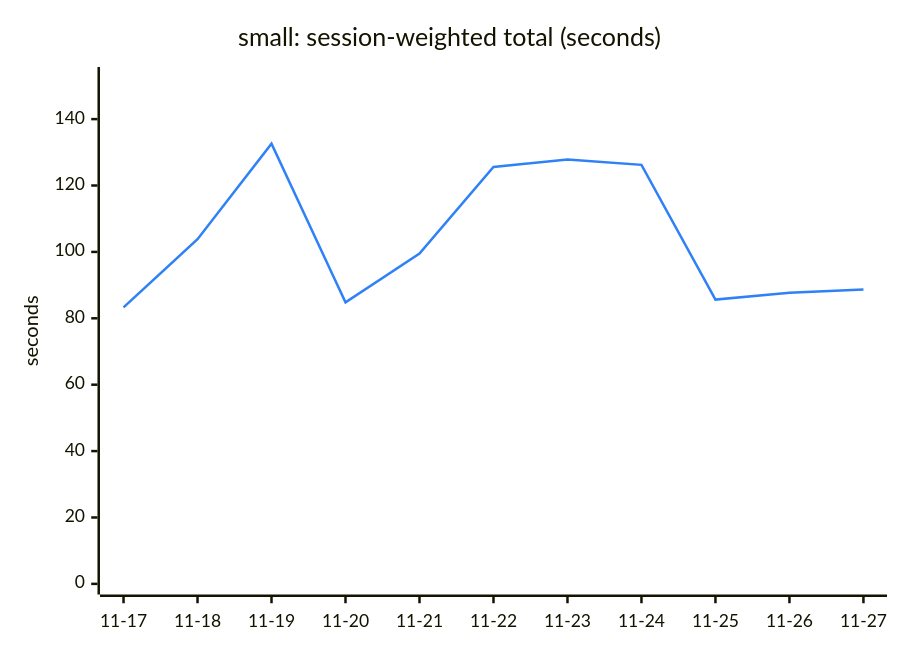
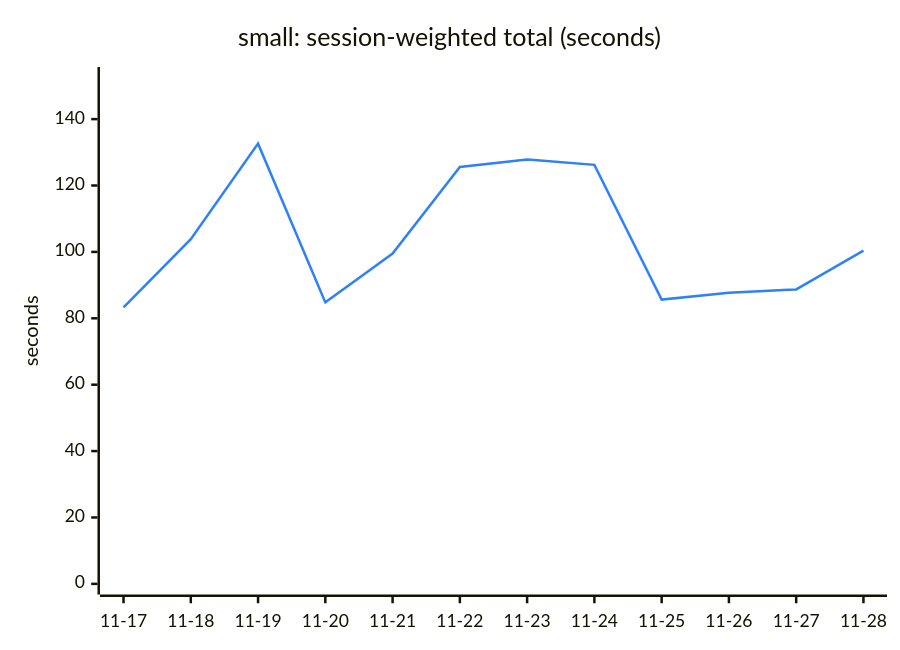
One commit to Ricovl/mxcli changed the first of 6 diagrams in TREND.md. Above: the diagram before and after it, drawn with Mermaid. The commit also changed other lines of this file and 2 other files, not shown here.

````diff
--- a/TREND.md
+++ b/TREND.md
@@ -13,13 +13,13 @@
 ```mermaid
 ---
 config:
   themeVariables:
     xyChart:
       plotColorPalette: "#2f81f7"
 ---
 xychart-beta
     title "small: session-weighted total (seconds)"
-    x-axis ["11-17", "11-18", "11-19", "11-20", "11-21", "11-22", "11-23", "11-24", "11-25", "11-26", "11-27"]
+    x-axis ["11-17", "11-18", "11-19", "11-20", "11-21", "11-22", "11-23", "11-24", "11-25", "11-26", "11-27", "11-28"]
     y-axis "seconds" 0 --> 152.50
-    line [83.27, 103.84, 132.61, 84.80, 99.49, 125.58, 127.85, 126.22, 85.63, 87.70, 88.70]
+    line [83.27, 103.84, 132.61, 84.80, 99.49, 125.58, 127.85, 126.22, 85.63, 87.70, 88.70, 100.38]
 ```
````
